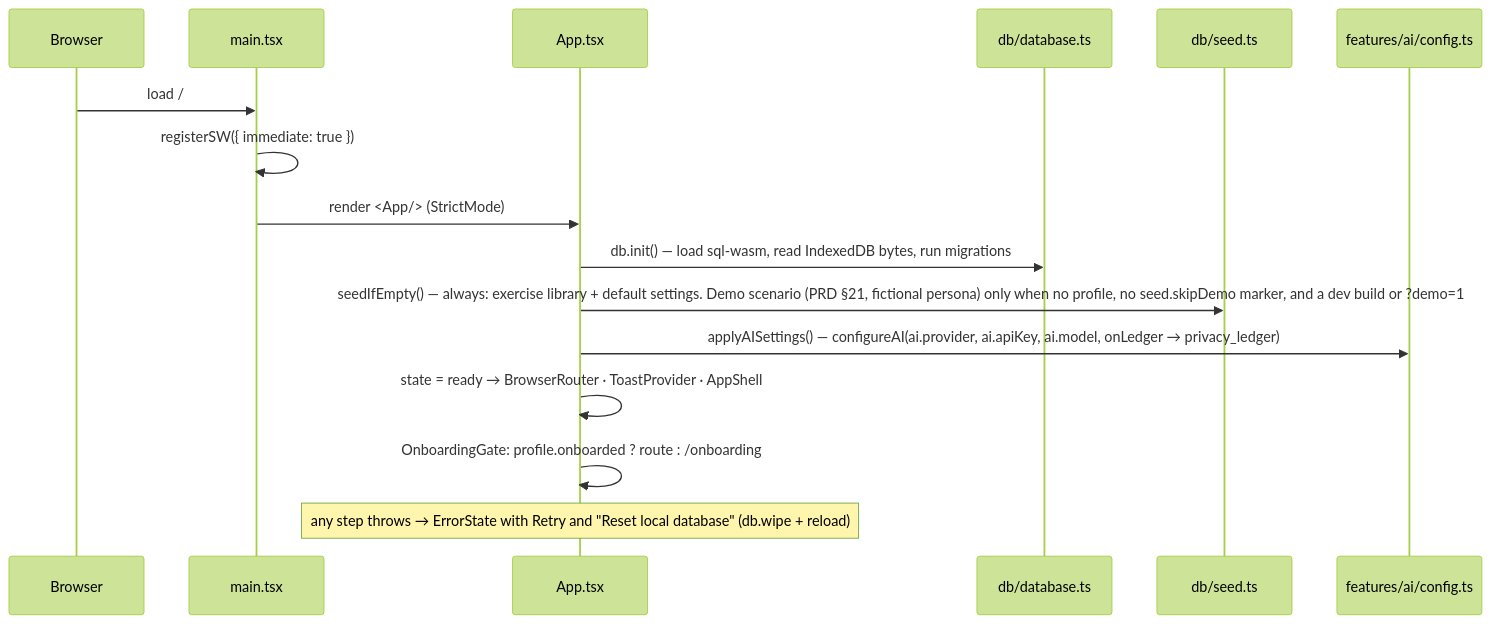
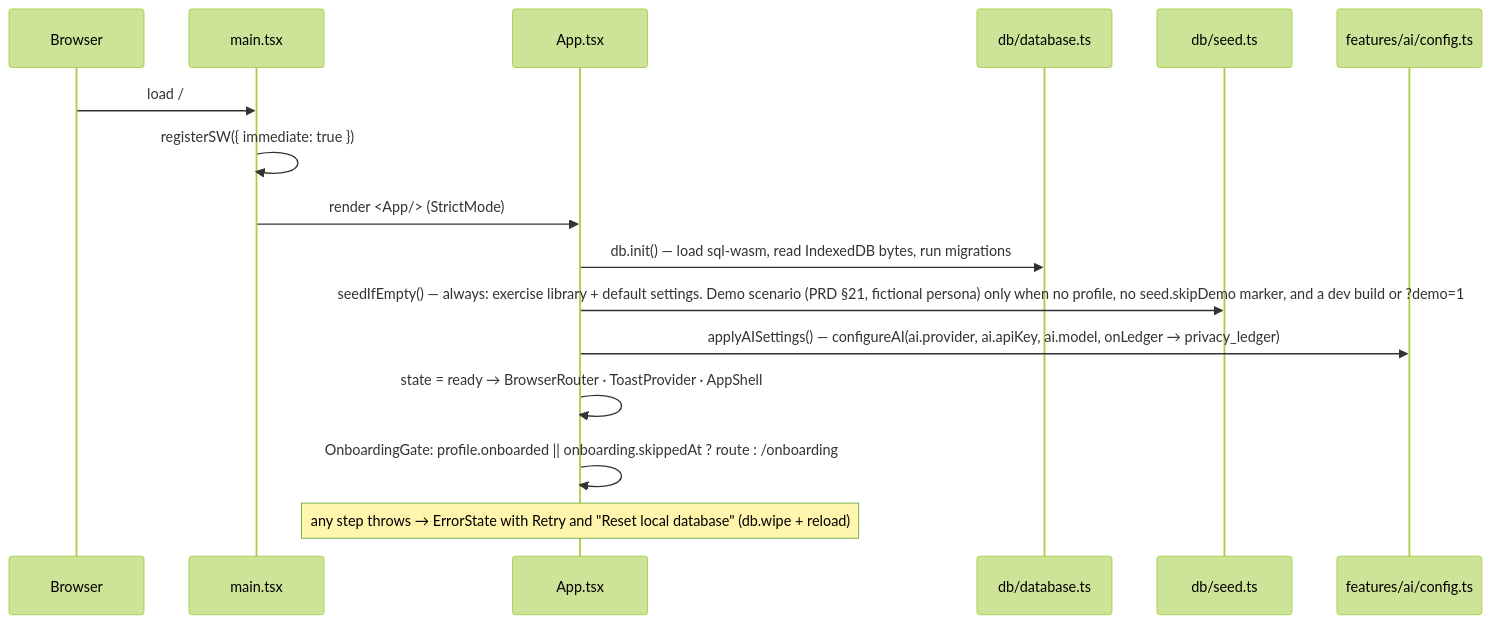
The second of 3 diagrams in docs/ARCHITECTURE.md (junglebabydev/fitty), drawn with Mermaid (forest theme) before and after one commit. The commit also changed other lines of this file and 16 other files, not shown here.

First line of the commit message:
Let users skip onboarding, then gate workouts and photos

````diff
--- a/docs/ARCHITECTURE.md
+++ b/docs/ARCHITECTURE.md
@@ -61,19 +61,19 @@
 ```mermaid
 sequenceDiagram
   participant B as Browser
   participant M as main.tsx
   participant A as App.tsx
   participant D as db/database.ts
   participant S as db/seed.ts
   participant AI as features/ai/config.ts
 
   B->>M: load /
   M->>M: registerSW({ immediate: true })
   M->>A: render <App/> (StrictMode)
   A->>D: db.init()  — load sql-wasm, read IndexedDB bytes, run migrations
   A->>S: seedIfEmpty() — always: exercise library + default settings. Demo scenario (PRD §21, fictional persona) only when no profile, no seed.skipDemo marker, and a dev build or ?demo=1
   A->>AI: applyAISettings() — configureAI(ai.provider, ai.apiKey, ai.model, onLedger → privacy_ledger)
   A->>A: state = ready → BrowserRouter · ToastProvider · AppShell
-  A->>A: OnboardingGate: profile.onboarded ? route : /onboarding
+  A->>A: OnboardingGate: profile.onboarded || onboarding.skippedAt ? route : /onboarding
   Note over A: any step throws → ErrorState with Retry and "Reset local database" (db.wipe + reload)
 ```
````
